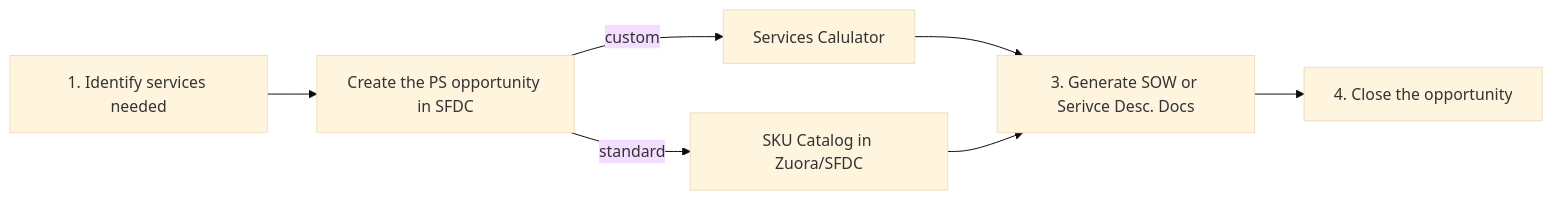
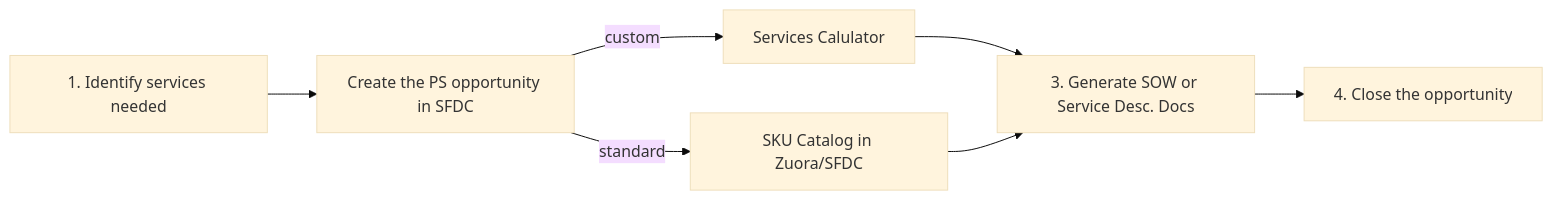
Before and after one commit to secretstartups/handbook: the diagram in customer-success/professional-services-engineering/selling/index.html.md, drawn with Mermaid (base theme).

Commit message:
Handbook improvements: Spending Company Money

````diff
--- a/customer-success/professional-services-engineering/selling/index.html.md
+++ b/customer-success/professional-services-engineering/selling/index.html.md
@@ -24,9 +24,9 @@
 ```mermaid
 graph LR;
   a["1. Identify services needed "]-->b["Create the PS opportunity in SFDC"];
   b--custom-->c["Services Calulator"];
   b--standard-->d["SKU Catalog in Zuora/SFDC"];
-  c-->e["3. Generate SOW or Serivce Desc. Docs"];
+  c-->e["3. Generate SOW or Service Desc. Docs"];
   d-->e;
   e-->f["4. Close the opportunity"];
 ```
````
